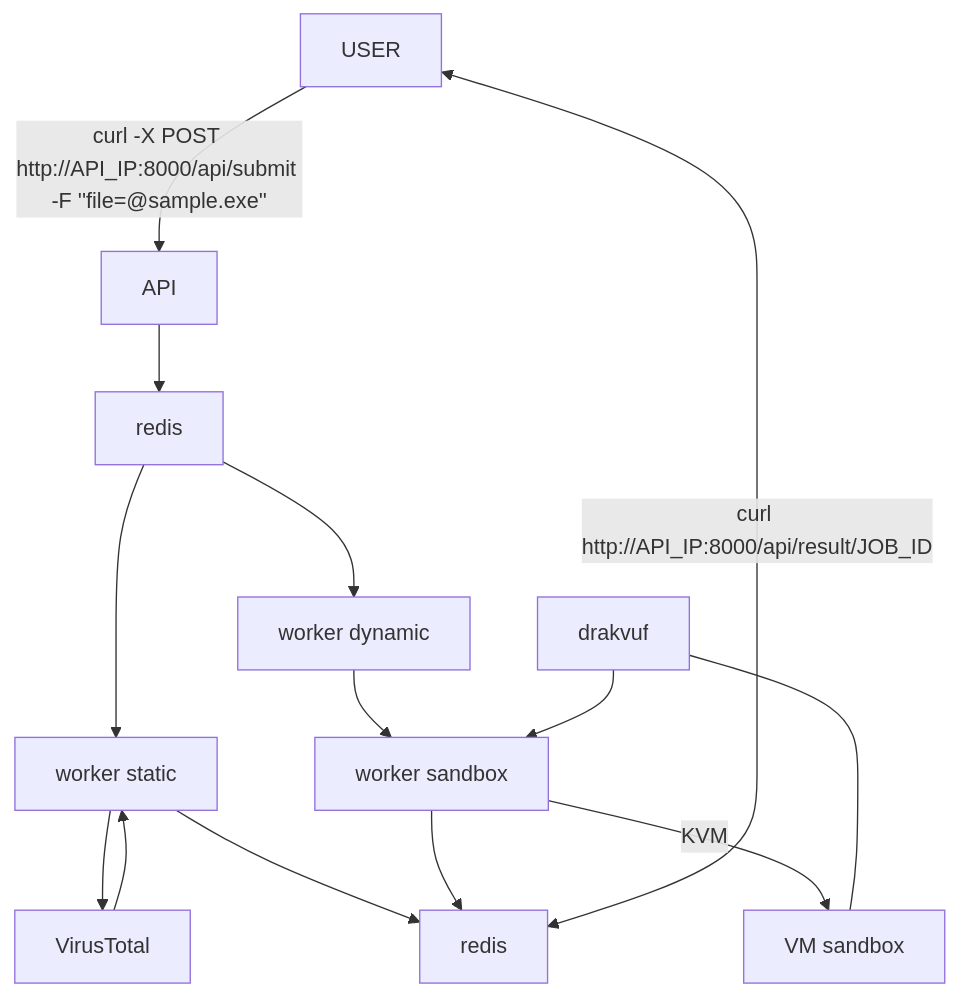
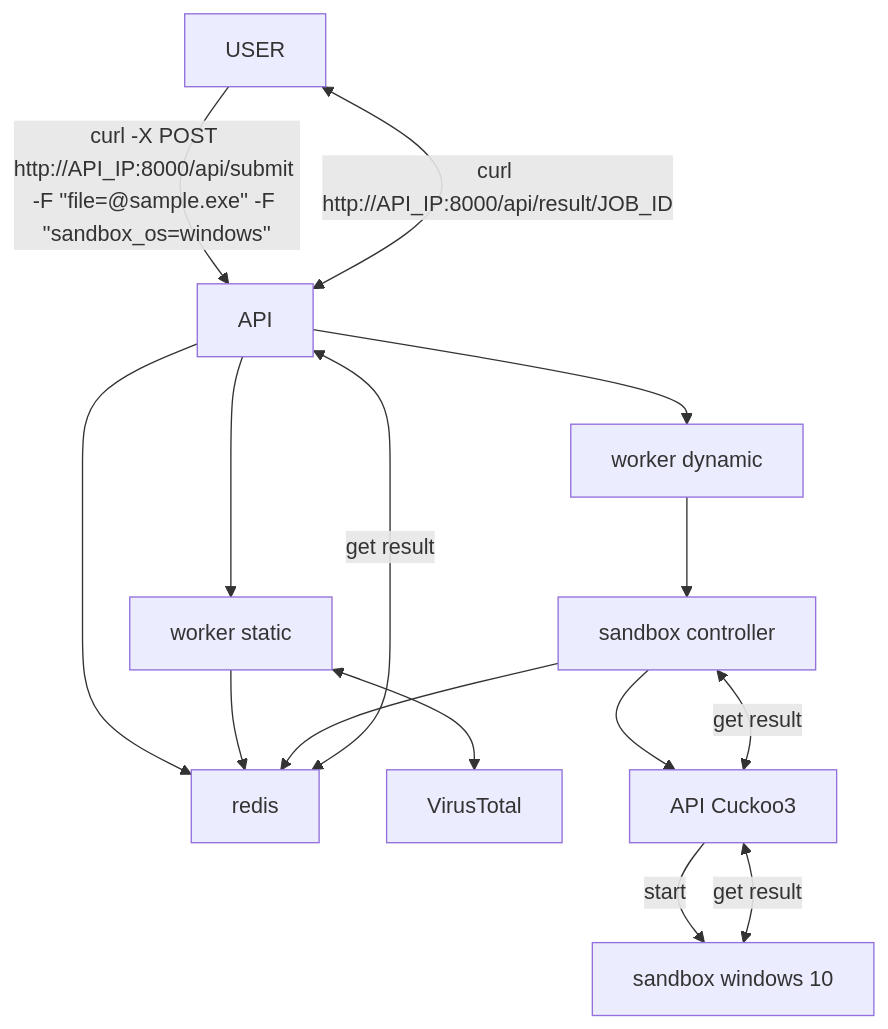
One commit to na-teag/PFE changed the second of 3 diagrams in docs/ARCHITECTURE.md. Above: the diagram before and after it, drawn with Mermaid. The commit also changed other lines of this file and 1 other file, not shown here.

````diff
--- a/docs/ARCHITECTURE.md
+++ b/docs/ARCHITECTURE.md
@@ -29,21 +31,22 @@
 ```mermaid
 flowchart TD    
-    USER-->|curl -X POST http://API_IP:8000/api/submit -F ''file=@sample.exe''|API
+    USER-->|curl -X POST http://API_IP:8000/api/submit -F ''file=@sample.exe'' -F ''sandbox_os=windows''|API
     API --> redis
-    redis --> worker1[worker static]
-    redis --> worker2[worker dynamic]
-    worker2 --> worker3[worker sandbox]
-    worker1 --> VT[VirusTotal]
-    VT --> worker1
-    worker3 -->|KVM| VM[VM sandbox]
-    drakvuf --- VM
-    drakvuf --> worker3
-    worker1 --> redis2
-    worker3 --> redis2[redis]
-    USER <-->|curl http://API_IP:8000/api/result/JOB_ID| redis2
+    API --> worker1[worker static]
+    API --> worker2[worker dynamic]
+    worker2 --> controller[sandbox controller]
+    worker1 <--> VT[VirusTotal]
+    controller --> cuckoo[API Cuckoo3]
+    cuckoo -->|start| sandbox[sandbox windows 10]
+    cuckoo <-->|get result| sandbox
+    controller <-->|get result| cuckoo
+    worker1 --> redis
+    controller --> redis
+    USER <-->|curl http://API_IP:8000/api/result/JOB_ID| API
+    API <-->|get result| redis
     click VT "https://virustotal.com" "VirusTotal" _blank
     click drakvuf "https://drakvuf.com/" "drakvuf" _blank
     click redis " https://redis.io/" "redis" _blank
     click redis2 " https://redis.io/" "redis" _blank
    
 ```
````
